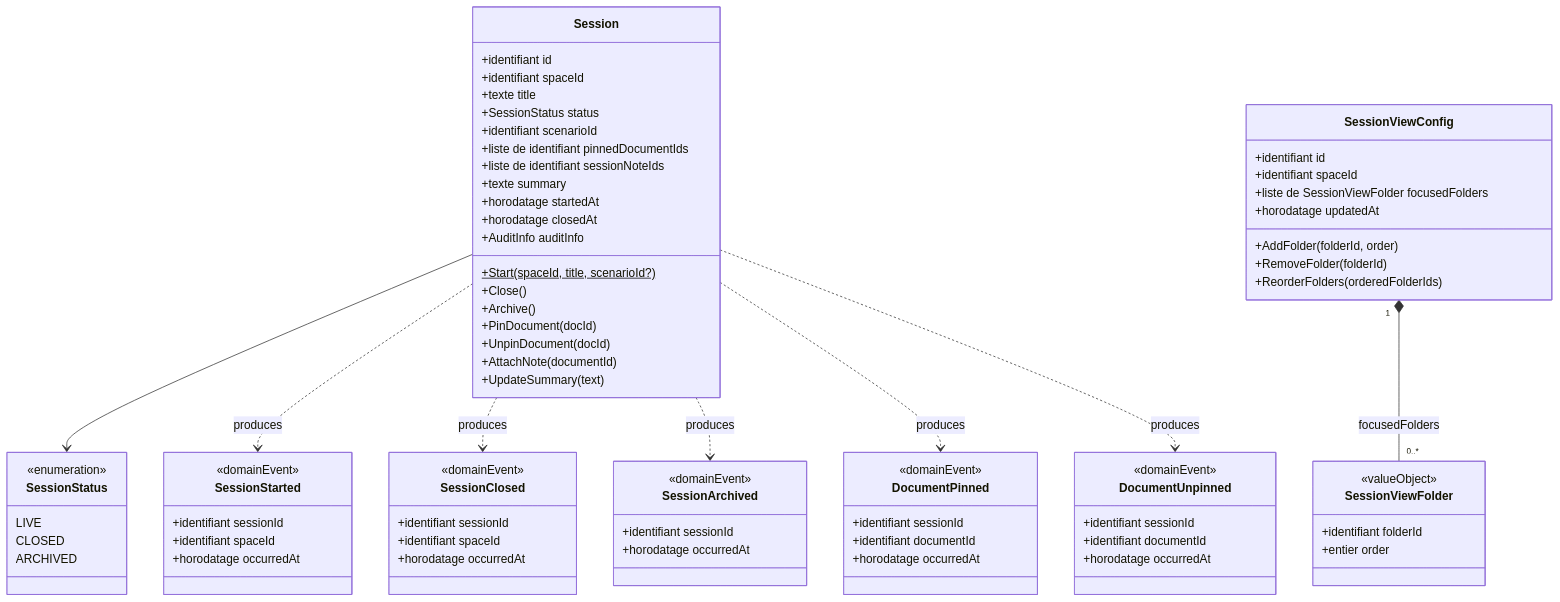
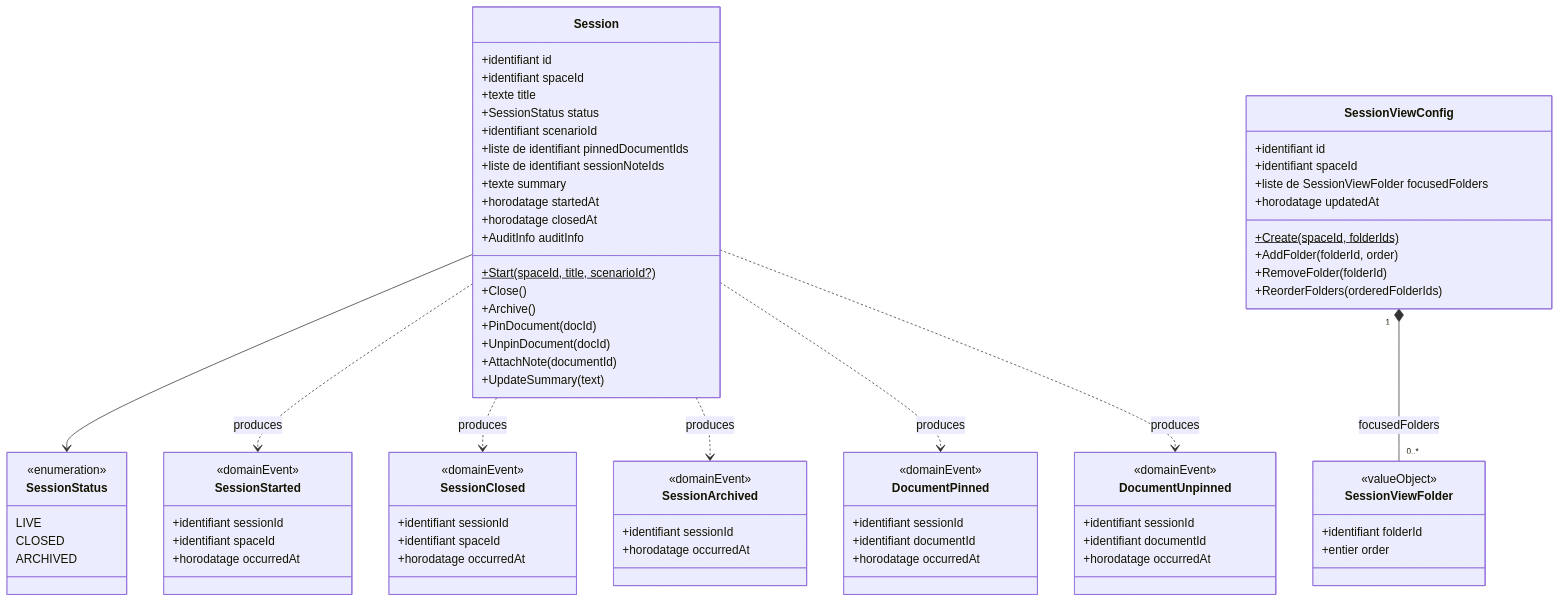
Before and after one commit to 2025-10-CDA-ECO-P6/PM-micro-saas: the diagram in docs/domaine/session-conduct/classes.md, drawn with Mermaid. The commit also changed 4 other files, not shown here.

```diff
--- a/docs/domaine/session-conduct/classes.md
+++ b/docs/domaine/session-conduct/classes.md
@@ -30,6 +30,7 @@
         +identifiant spaceId
         +liste de SessionViewFolder focusedFolders
         +horodatage updatedAt
+        +Create(spaceId, folderIds)$
         +AddFolder(folderId, order)
         +RemoveFolder(folderId)
         +ReorderFolders(orderedFolderIds)
```
